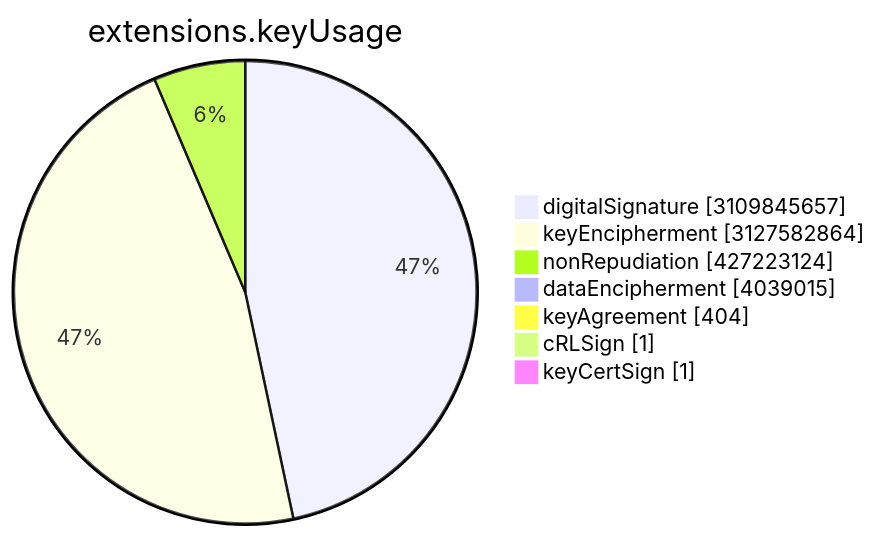
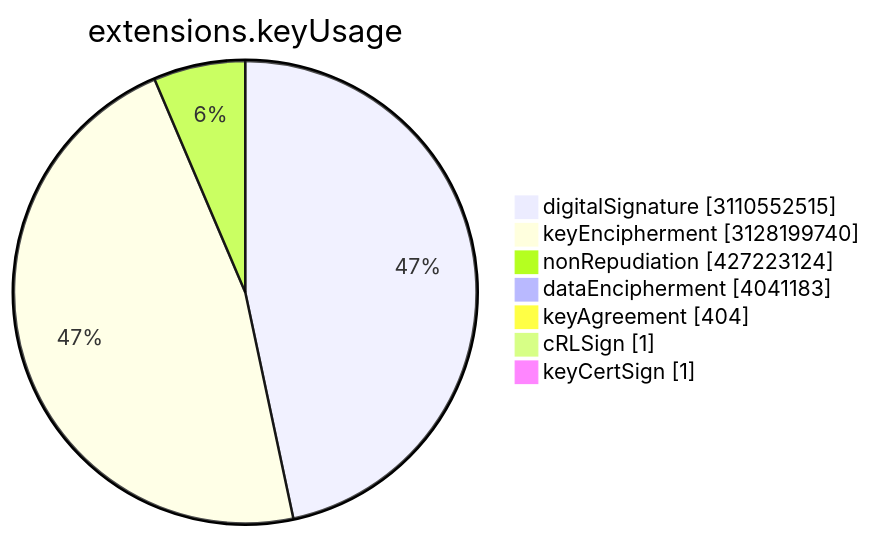
Before and after one commit to christiankrug/ctmonitor_visualization: the sixth of 15 diagrams in TOTAL/README.md, drawn with Mermaid. The commit also changed other lines of this file, not shown here.

````diff
--- a/TOTAL/README.md
+++ b/TOTAL/README.md
@@ -3077,11 +3077,11 @@
 ```mermaid
 pie showData
 title extensions.keyUsage
-"digitalSignature" :3109845657
-"keyEncipherment" :3127582864
+"digitalSignature" :3110552515
+"keyEncipherment" :3128199740
 "nonRepudiation" :427223124
-"dataEncipherment" :4039015
+"dataEncipherment" :4041183
 "keyAgreement" :404
 "cRLSign" :1
 "keyCertSign" :1
 ```
````
